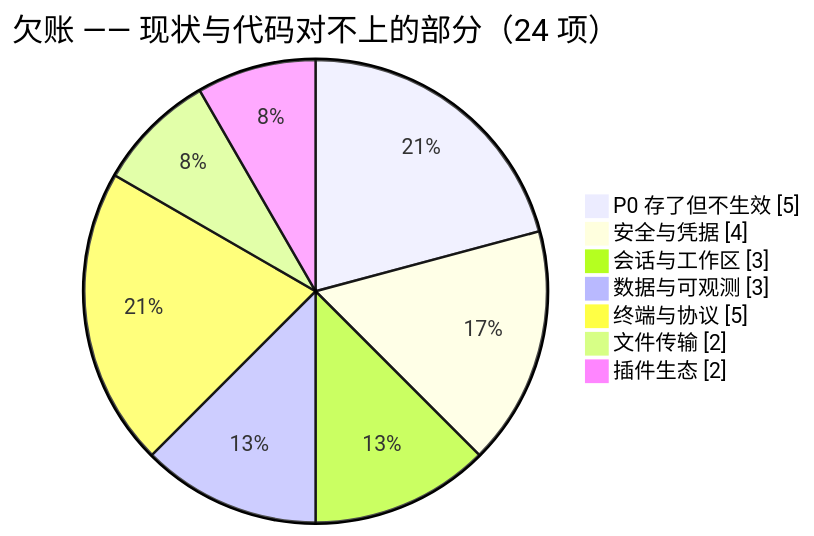
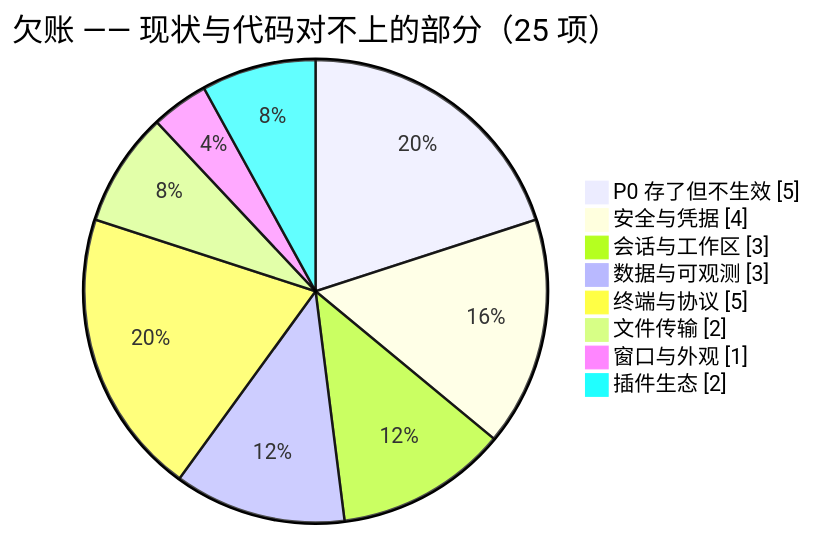
Before and after one commit to joesdu/VelaShell: the first of 2 diagrams in feature-plan.md, drawn with Mermaid. The commit also changed other lines of this file and 62 other files, not shown here.

````diff
--- a/feature-plan.md
+++ b/feature-plan.md
@@ -39,11 +39,12 @@
 ```mermaid
 pie showData
-    title 欠账 —— 现状与代码对不上的部分（24 项）
+    title 欠账 —— 现状与代码对不上的部分（25 项）
     "P0 存了但不生效" : 5
     "安全与凭据" : 4
     "会话与工作区" : 3
     "数据与可观测" : 3
     "终端与协议" : 5
     "文件传输" : 2
+    "窗口与外观" : 1
     "插件生态" : 2
 ```
````
